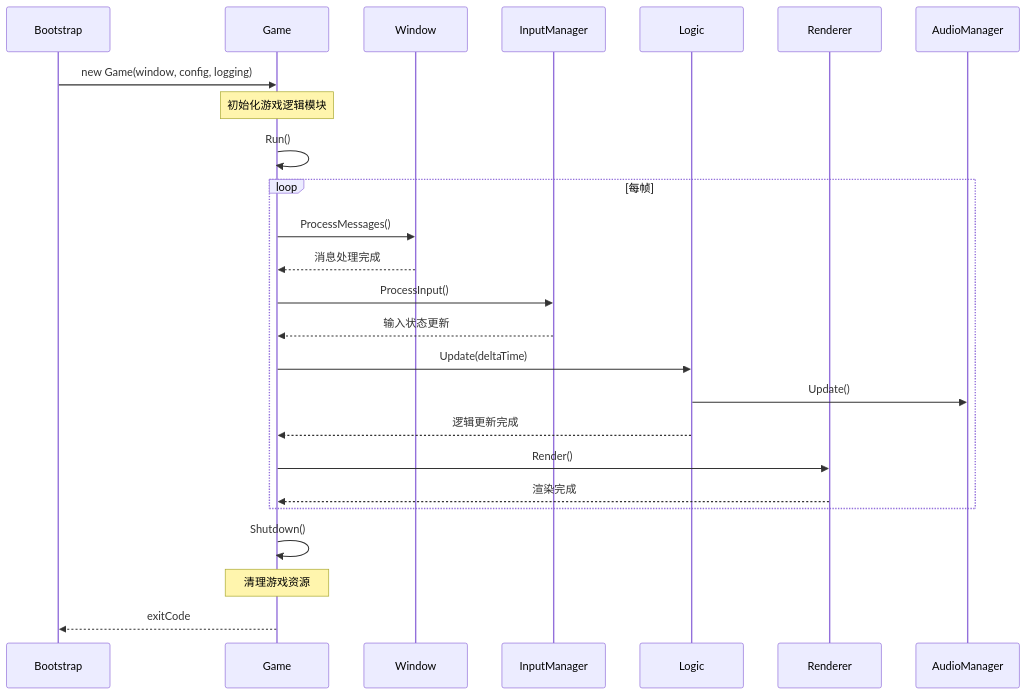
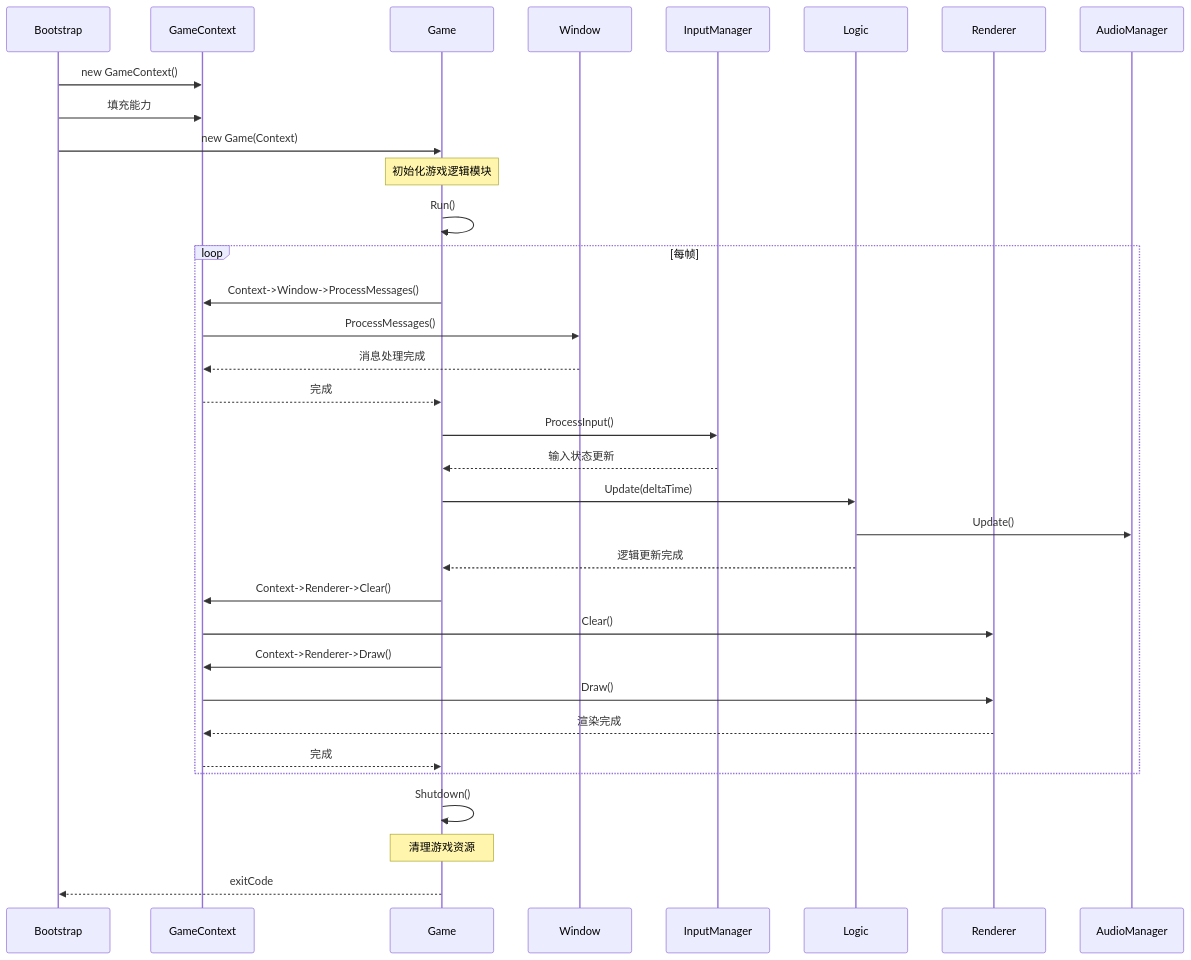
The second of 5 diagrams in Docs/Engine/Game.md (Gunxzq/DX12_Base), drawn with Mermaid before and after one commit. The commit also changed other lines of this file and 2 other files, not shown here.

````diff
--- a/Docs/Engine/Game.md
+++ b/Docs/Engine/Game.md
@@ -110,33 +115,42 @@
 ```mermaid
 sequenceDiagram
     participant Bootstrap
+    participant Context as GameContext
     participant Game
     participant Window
     participant InputMgr as InputManager
     participant Logic
     participant Renderer
     participant AudioMgr as AudioManager
 
-    Bootstrap->>Game: new Game(window, config, logging)
+    Bootstrap->>Context: new GameContext()
+    Bootstrap->>Context: 填充能力
+    Bootstrap->>Game: new Game(Context)
     Note over Game: 初始化游戏逻辑模块
 
     Game->>Game: Run()
     loop 每帧
-        Game->>Window: ProcessMessages()
-        Window-->>Game: 消息处理完成
+        Game->>Context: Context->Window->ProcessMessages()
+        Context->>Window: ProcessMessages()
+        Window-->>Context: 消息处理完成
+        Context-->>Game: 完成
 
         Game->>InputMgr: ProcessInput()
         InputMgr-->>Game: 输入状态更新
 
         Game->>Logic: Update(deltaTime)
         Logic->>AudioMgr: Update()
         Logic-->>Game: 逻辑更新完成
 
-        Game->>Renderer: Render()
-        Renderer-->>Game: 渲染完成
+        Game->>Context: Context->Renderer->Clear()
+        Context->>Renderer: Clear()
+        Game->>Context: Context->Renderer->Draw()
+        Context->>Renderer: Draw()
+        Renderer-->>Context: 渲染完成
+        Context-->>Game: 完成
     end
 
     Game->>Game: Shutdown()
     Note over Game: 清理游戏资源
     Game-->>Bootstrap: exitCode
 ```
````
